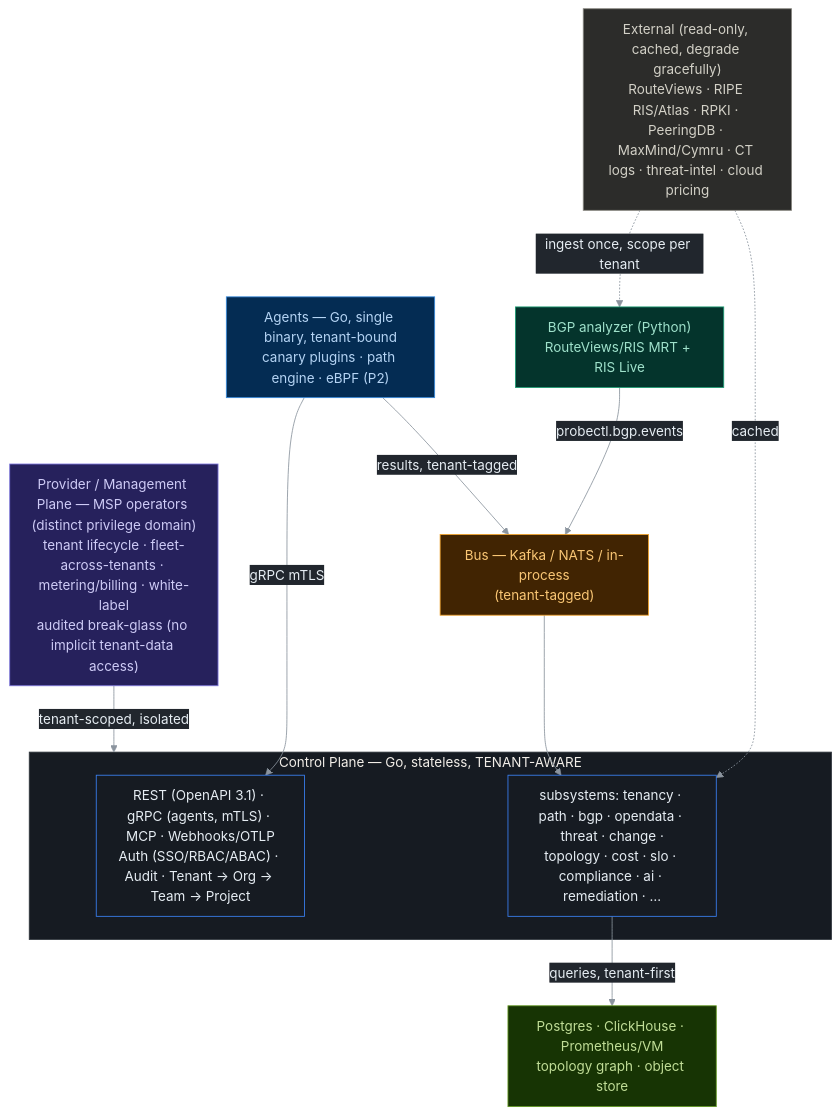
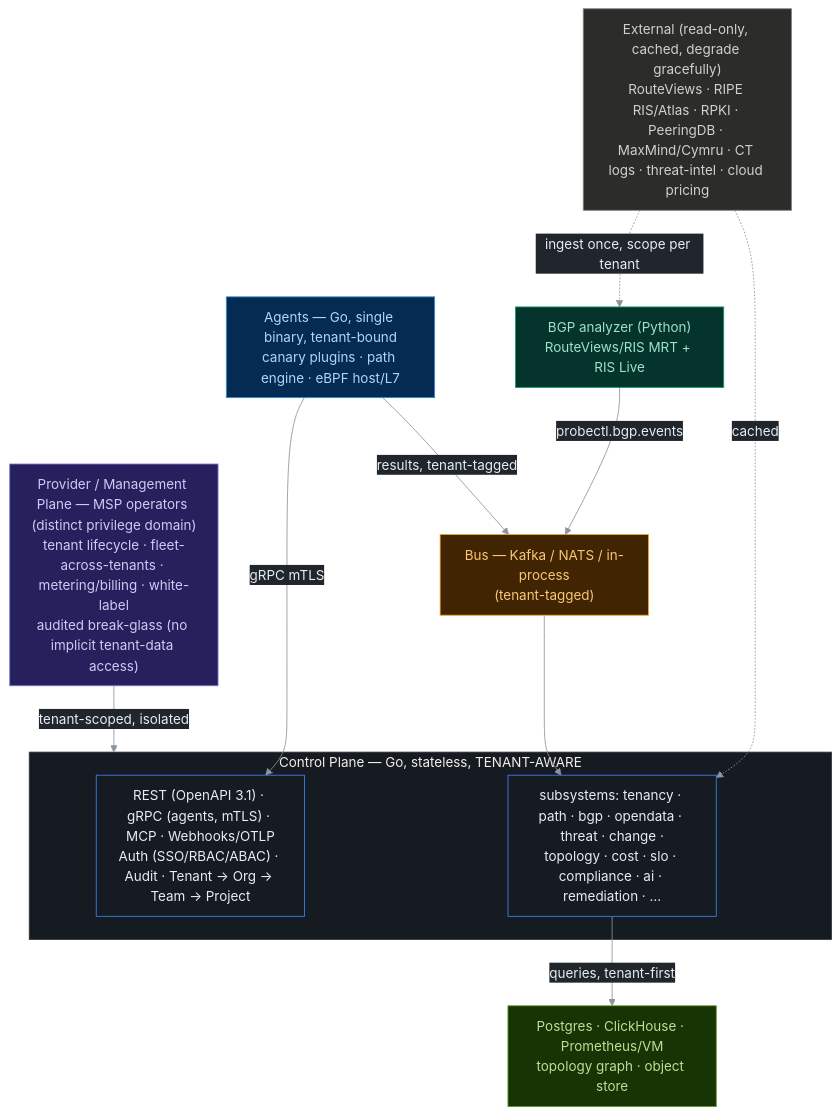
One commit to ctlplne/probectl changed the diagram in README.md. Above: the diagram before and after it, drawn with Mermaid. The commit also changed other lines of this file and 12 other files, not shown here.

````diff
--- a/README.md
+++ b/README.md
@@ -159,38 +162,38 @@
 ```mermaid
 %%{init: {'theme':'base','themeVariables':{'background':'#0d1117','primaryColor':'#161b22','primaryTextColor':'#e6edf3','primaryBorderColor':'#3b82f6','lineColor':'#8b949e','secondaryColor':'#21262d','tertiaryColor':'#0d1117','clusterBkg':'#161b22','clusterBorder':'#30363d','fontFamily':'ui-monospace, SFMono-Regular, Menlo, monospace'},'flowchart':{'curve':'basis','nodeSpacing':55,'rankSpacing':55,'padding':12}}}%%
 flowchart TB
     Provider["Provider / Management Plane — MSP operators (distinct privilege domain)<br/>tenant lifecycle · fleet-across-tenants · metering/billing · white-label<br/>audited break-glass (no implicit tenant-data access)"]
 
     subgraph CP["Control Plane — Go, stateless, TENANT-AWARE"]
         Edge["REST (OpenAPI 3.1) · gRPC (agents, mTLS) · MCP · Webhooks/OTLP<br/>Auth (SSO/RBAC/ABAC) · Audit · Tenant → Org → Team → Project"]
         Subsys["subsystems: tenancy · path · bgp · opendata · threat · change ·<br/>topology · cost · slo · compliance · ai · remediation · …"]
     end
 
-    Agents["Agents — Go, single binary, tenant-bound<br/>canary plugins · path engine · eBPF (P2)"]
+    Agents["Agents — Go, single binary, tenant-bound<br/>canary plugins · path engine · eBPF host/L7"]
     Analyzer["BGP analyzer (Python)<br/>RouteViews/RIS MRT + RIS Live"]
     Bus["Bus — Kafka / NATS / in-process<br/>(tenant-tagged)"]
     Stores["Postgres · ClickHouse · Prometheus/VM<br/>topology graph · object store"]
     External["External (read-only, cached, degrade gracefully)<br/>RouteViews · RIPE RIS/Atlas · RPKI · PeeringDB · MaxMind/Cymru · CT logs · threat-intel · cloud pricing"]
 
     Provider -->|tenant-scoped, isolated| CP
     Agents -->|gRPC mTLS| Edge
     Analyzer -->|probectl.bgp.events| Bus
     Agents -->|results, tenant-tagged| Bus
     Bus --> Subsys
     Subsys -->|queries, tenant-first| Stores
     External -.->|ingest once, scope per tenant| Analyzer
     External -.->|cached| Subsys
 
     classDef prov fill:#26215C,stroke:#7F77DD,color:#CECBF6
     classDef agent fill:#042C53,stroke:#378ADD,color:#B5D4F4
     classDef analyzer fill:#04342C,stroke:#1D9E75,color:#9FE1CB
     classDef bus fill:#412402,stroke:#EF9F27,color:#FAC775
     classDef store fill:#173404,stroke:#639922,color:#C0DD97
     classDef ext fill:#2C2C2A,stroke:#888780,color:#D3D1C7
     class Provider prov
     class Agents agent
     class Analyzer analyzer
     class Bus bus
     class Stores store
     class External ext
 ```
````
